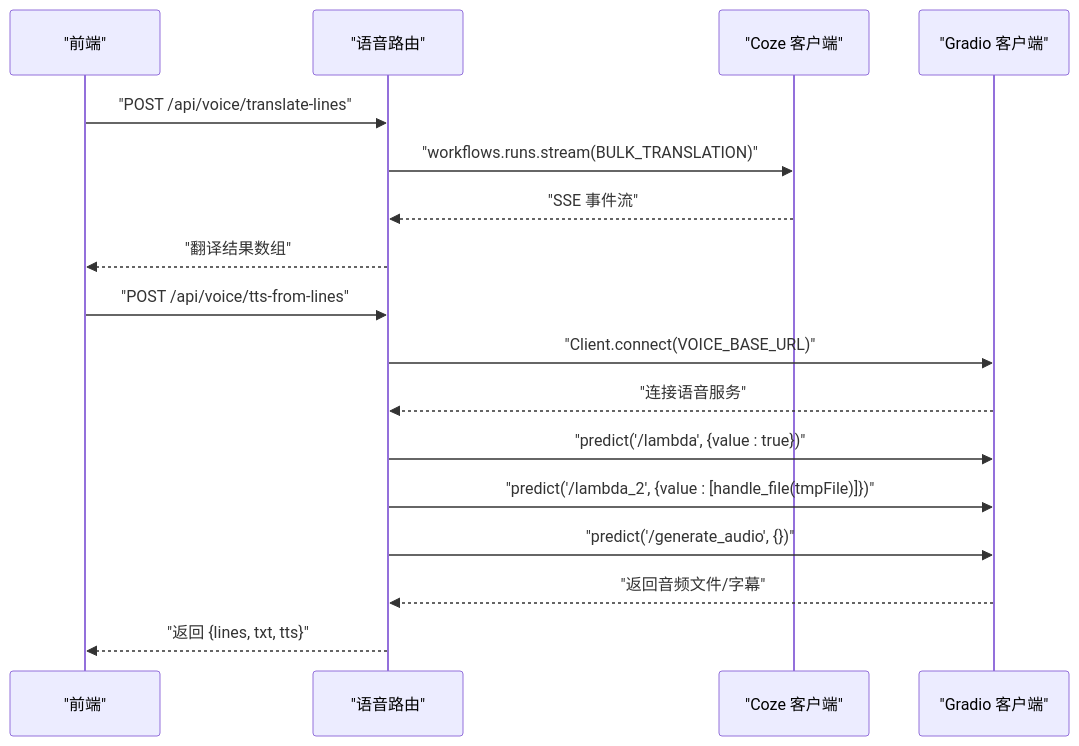
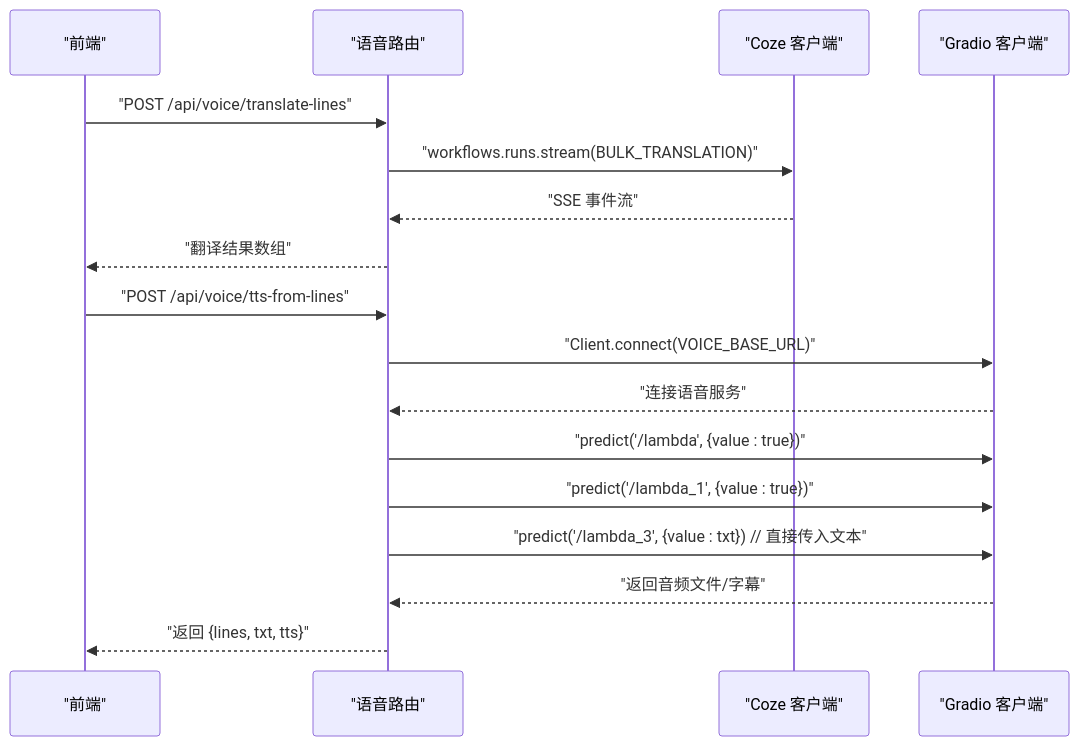
The sixth of 8 diagrams in .qoder/repowiki/zh/content/API 接口文档/API 接口文档.md (hanksd769-droid/sailshub), drawn with Mermaid before and after one commit. The commit also changed other lines of this file and 4 other files, not shown here.

````diff
--- a/.qoder/repowiki/zh/content/API 接口文档/API 接口文档.md
+++ b/.qoder/repowiki/zh/content/API 接口文档/API 接口文档.md
@@ -361,19 +359,19 @@
 ```mermaid
 sequenceDiagram
 participant FE as "前端"
 participant V as "语音路由"
 participant C as "Coze 客户端"
 participant G as "Gradio 客户端"
 FE->>V : "POST /api/voice/translate-lines"
 V->>C : "workflows.runs.stream(BULK_TRANSLATION)"
 C-->>V : "SSE 事件流"
 V-->>FE : "翻译结果数组"
 FE->>V : "POST /api/voice/tts-from-lines"
 V->>G : "Client.connect(VOICE_BASE_URL)"
 G-->>V : "连接语音服务"
 V->>G : "predict('/lambda', {value : true})"
-V->>G : "predict('/lambda_2', {value : [handle_file(tmpFile)]})"
-V->>G : "predict('/generate_audio', {})"
+V->>G : "predict('/lambda_1', {value : true})"
+V->>G : "predict('/lambda_3', {value : txt}) // 直接传入文本"
 G-->>V : "返回音频文件/字幕"
 V-->>FE : "返回 {lines, txt, tts}"
 ```
````
